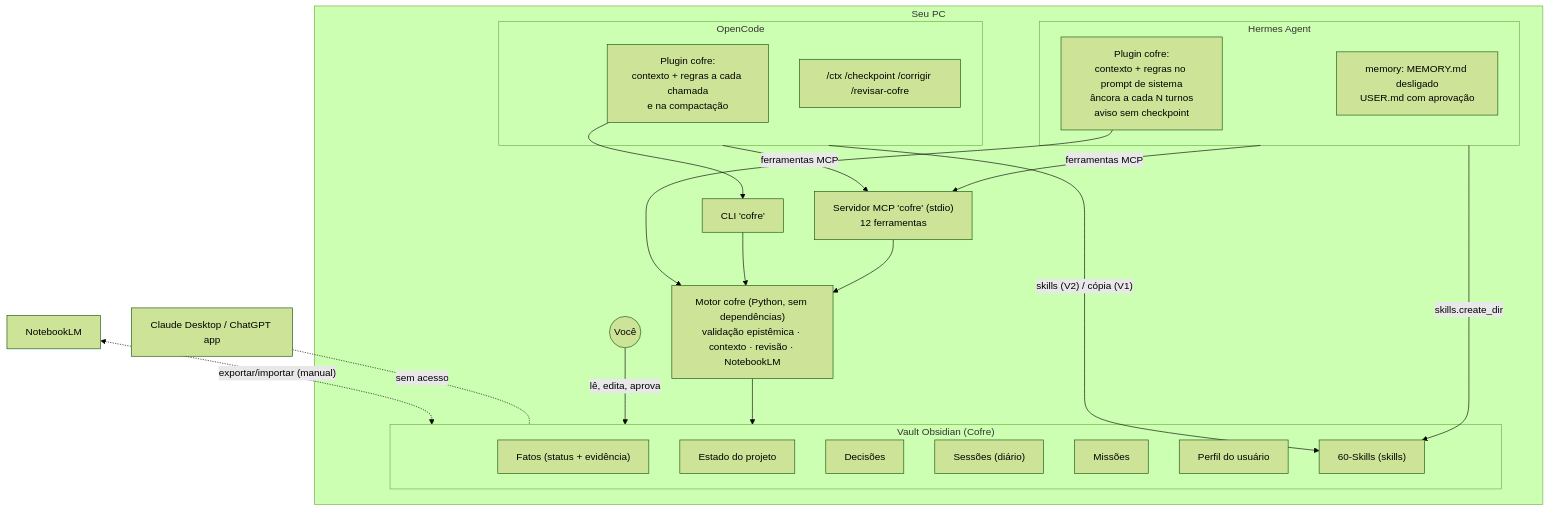
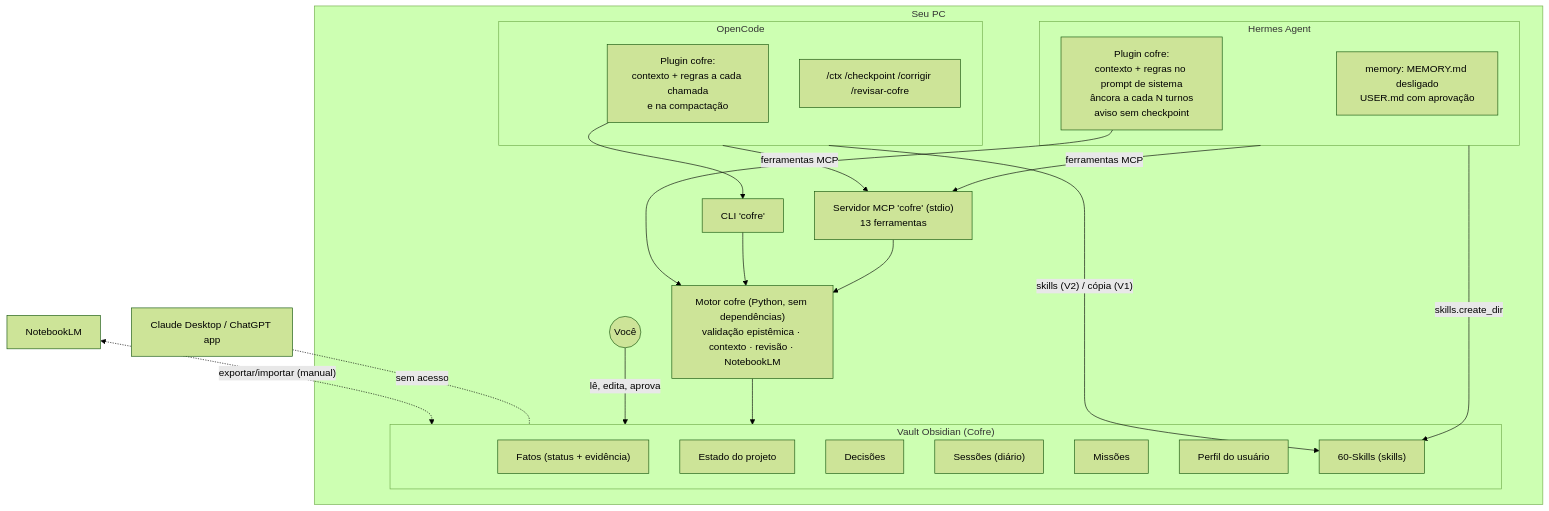
Before and after one commit to MarcBuzatto/sistema-hermes-opencode: the diagram in docs/01-arquitetura.md, drawn with Mermaid (forest theme). The commit also changed 22 other files, not shown here.

````diff
--- a/docs/01-arquitetura.md
+++ b/docs/01-arquitetura.md
@@ -25,38 +25,38 @@
 ```mermaid
 flowchart TB
     subgraph PC["Seu PC"]
         subgraph Vault["Vault Obsidian (Cofre)"]
             F["Fatos (status + evidência)"]
             E["Estado do projeto"]
             D["Decisões"]
             S["Sessões (diário)"]
             M["Missões"]
             P["Perfil do usuário"]
             K["60-Skills (skills)"]
         end
         Motor["Motor cofre (Python, sem dependências)<br/>validação epistêmica · contexto · revisão · NotebookLM"]
-        MCP["Servidor MCP 'cofre' (stdio)<br/>12 ferramentas"]
+        MCP["Servidor MCP 'cofre' (stdio)<br/>13 ferramentas"]
         CLI["CLI 'cofre'"]
         Motor --> Vault
         MCP --> Motor
         CLI --> Motor
 
         subgraph Hermes["Hermes Agent"]
             HP["Plugin cofre:<br/>contexto + regras no prompt de sistema<br/>âncora a cada N turnos<br/>aviso sem checkpoint"]
             HM["memory: MEMORY.md desligado<br/>USER.md com aprovação"]
         end
         subgraph OpenCode["OpenCode"]
             OP["Plugin cofre:<br/>contexto + regras a cada chamada<br/>e na compactação"]
             OC["/ctx /checkpoint /corrigir /revisar-cofre"]
         end
         Hermes -- "ferramentas MCP" --> MCP
         OpenCode -- "ferramentas MCP" --> MCP
         HP --> Motor
         OP --> CLI
         Hermes -- "skills.create_dir" --> K
         OpenCode -- "skills (V2) / cópia (V1)" --> K
         Voce(("Você")) -- "lê, edita, aprova" --> Vault
     end
     Apps["Claude Desktop / ChatGPT app"] -. "sem acesso" .- Vault
     NLM["NotebookLM"] <-. "exportar/importar (manual)" .-> Vault
 ```
````
